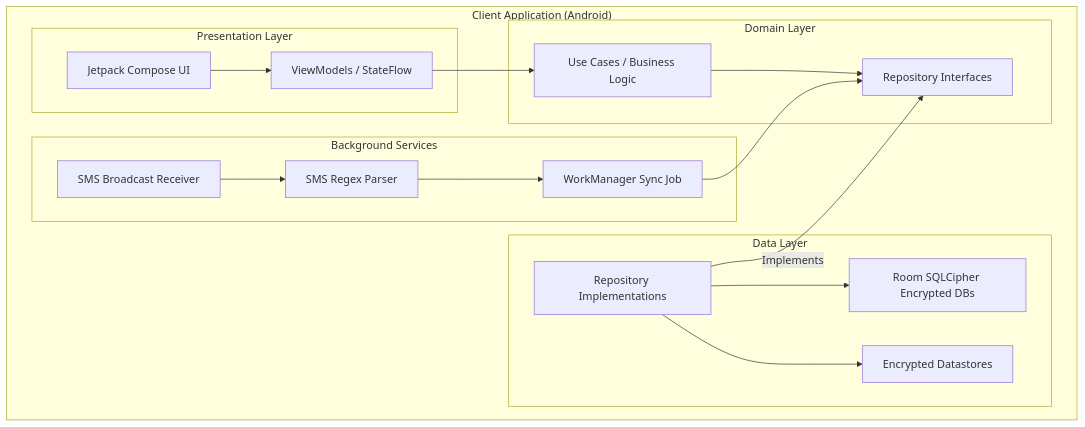
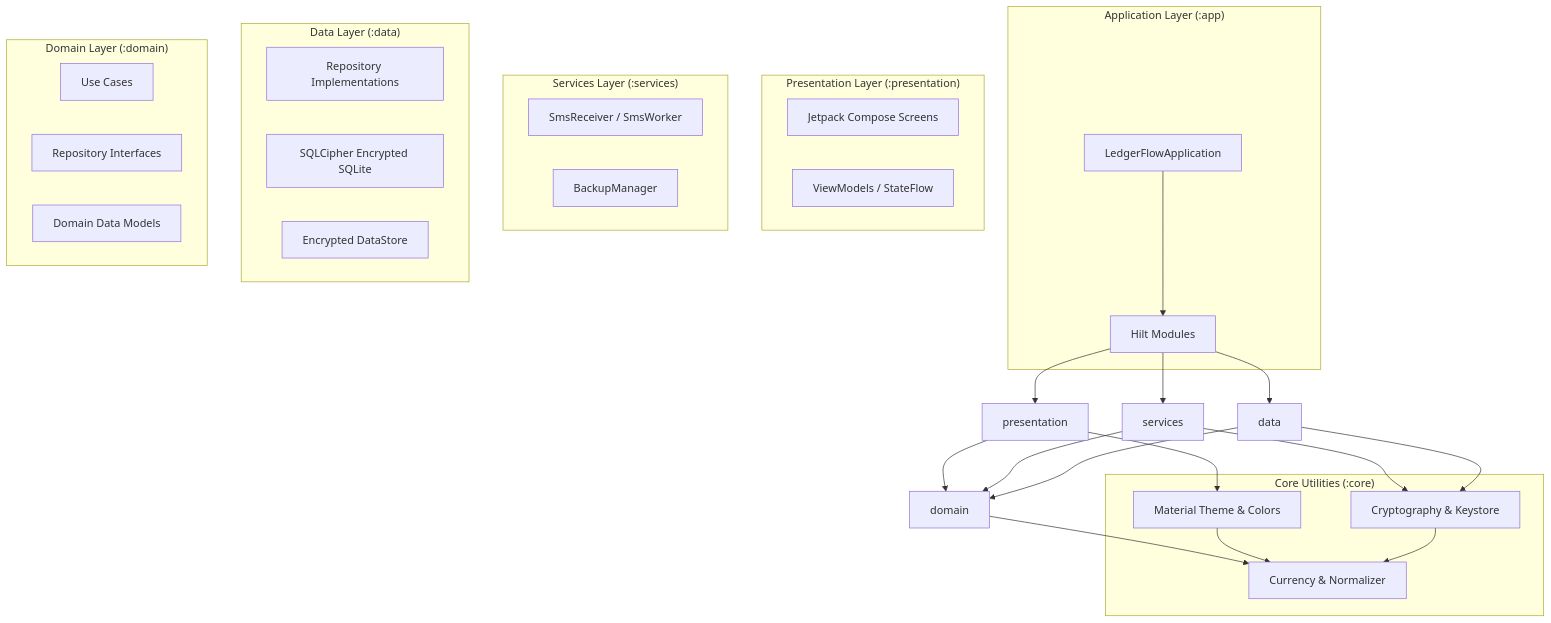
One commit to swaroop-rayker/LedgerFlow changed the first of 4 diagrams in README.md. Above: the diagram before and after it, drawn with Mermaid. The commit also changed other lines of this file and 1 other file, not shown here.

````diff
--- a/README.md
+++ b/README.md
@@ -38,37 +38,52 @@
 ```mermaid
 graph TD
-    subgraph "Client Application (Android)"
-        subgraph presentation [Presentation Layer]
-            UI[Jetpack Compose UI]
-            VM[ViewModels / StateFlow]
-        end
-        
-        subgraph domain [Domain Layer]
-            UC[Use Cases / Business Logic]
-            RepoInterfaces[Repository Interfaces]
-        end
-        
-        subgraph data [Data Layer]
-            RepoImpls[Repository Implementations]
-            Room[Room SQLCipher Encrypted DBs]
-            DS[Encrypted Datastores]
-        end
-
-        subgraph services [Background Services]
-            SMS[SMS Broadcast Receiver]
-            Parser[SMS Regex Parser]
-            SyncWorker[WorkManager Sync Job]
-        end
+    subgraph "Application Layer (:app)"
+        App[LedgerFlowApplication]
+        DI[Hilt Modules]
     end
 
-    %% Dependencies
-    UI --> VM
-    VM --> UC
-    UC --> RepoInterfaces
-    RepoImpls --Implements--> RepoInterfaces
-    RepoImpls --> Room
-    RepoImpls --> DS
-    SyncWorker --> RepoInterfaces
-    SMS --> Parser
-    Parser --> SyncWorker
+    subgraph "Presentation Layer (:presentation)"
+        UI[Jetpack Compose Screens]
+        VM[ViewModels / StateFlow]
+    end
+
+    subgraph "Services Layer (:services)"
+        SMS[SmsReceiver / SmsWorker]
+        Backup[BackupManager]
+    end
+
+    subgraph "Data Layer (:data)"
+        RepoImpl[Repository Implementations]
+        RoomDB[SQLCipher Encrypted SQLite]
+        DS[Encrypted DataStore]
+    end
+
+    subgraph "Domain Layer (:domain)"
+        UC[Use Cases]
+        RepoInt[Repository Interfaces]
+        Models[Domain Data Models]
+    end
+
+    subgraph "Core Utilities (:core)"
+        Security[Cryptography & Keystore]
+        Common[Currency & Normalizer]
+        CoreUI[Material Theme & Colors]
+    end
+
+    %% Dependency Arrows
+    App --> DI
+    DI --> presentation
+    DI --> services
+    DI --> data
+    
+    presentation --> domain
+    presentation --> CoreUI
+    services --> domain
+    services --> Security
+    data --> domain
+    data --> Security
+    
+    domain --> Common
+    CoreUI --> Common
+    Security --> Common
 ```
````
